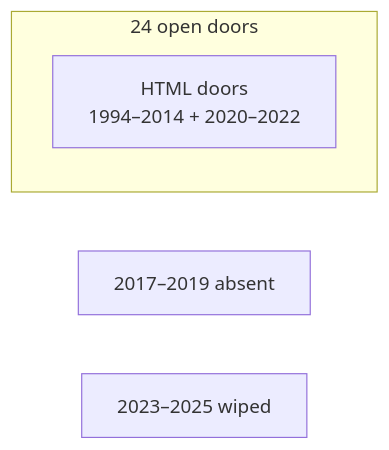
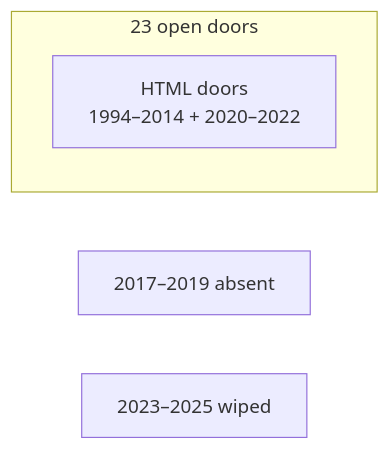
The second of 5 diagrams in docs/FLOW-CHECK-DIAGRAM.md (sourabhligade/internet-through-time), drawn with Mermaid before and after one commit. The commit also changed other lines of this file and 297 other files, not shown here.

````diff
--- a/docs/FLOW-CHECK-DIAGRAM.md
+++ b/docs/FLOW-CHECK-DIAGRAM.md
@@ -45,8 +45,8 @@
 ```mermaid
 flowchart LR
- subgraph PLAY["24 open doors"]
+ subgraph PLAY["23 open doors"]
  HTML["HTML doors<br/>1994–2014 + 2020–2022"]
  end
  ABSENT["2017–2019 absent"]
  WIPE["2023–2025 wiped"]
 ```
````
